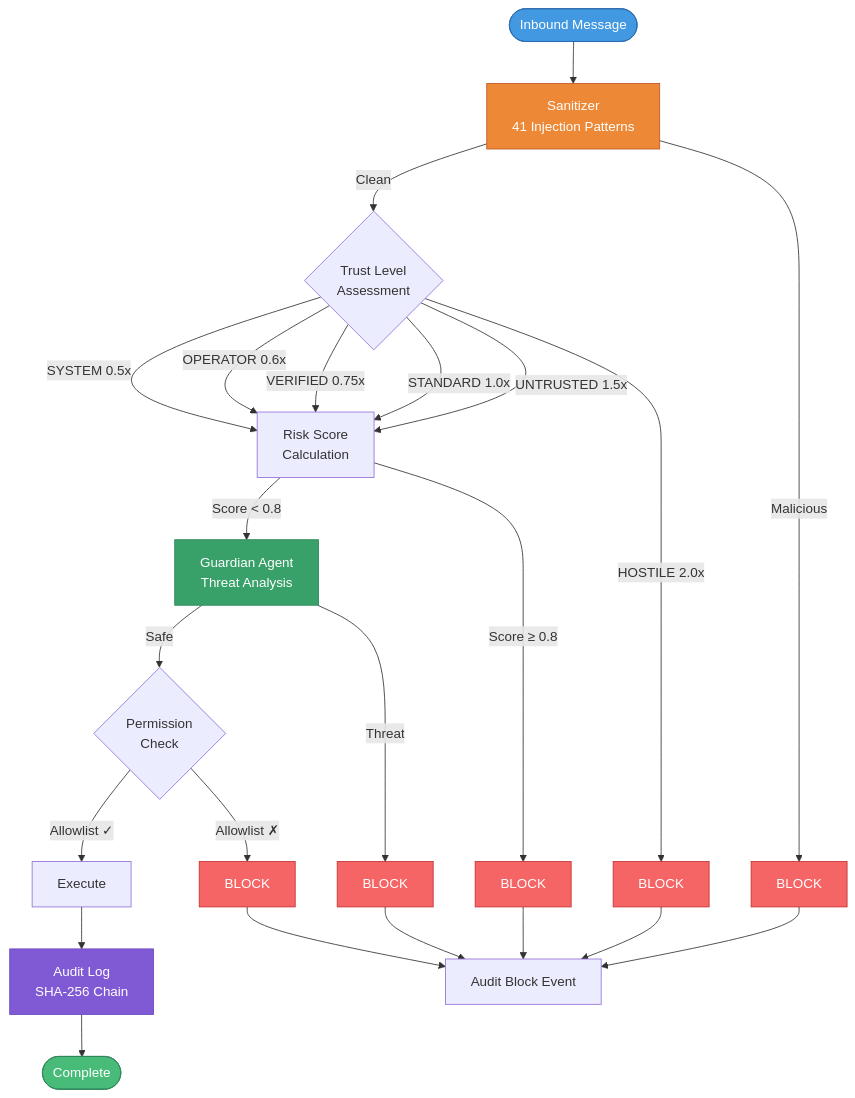
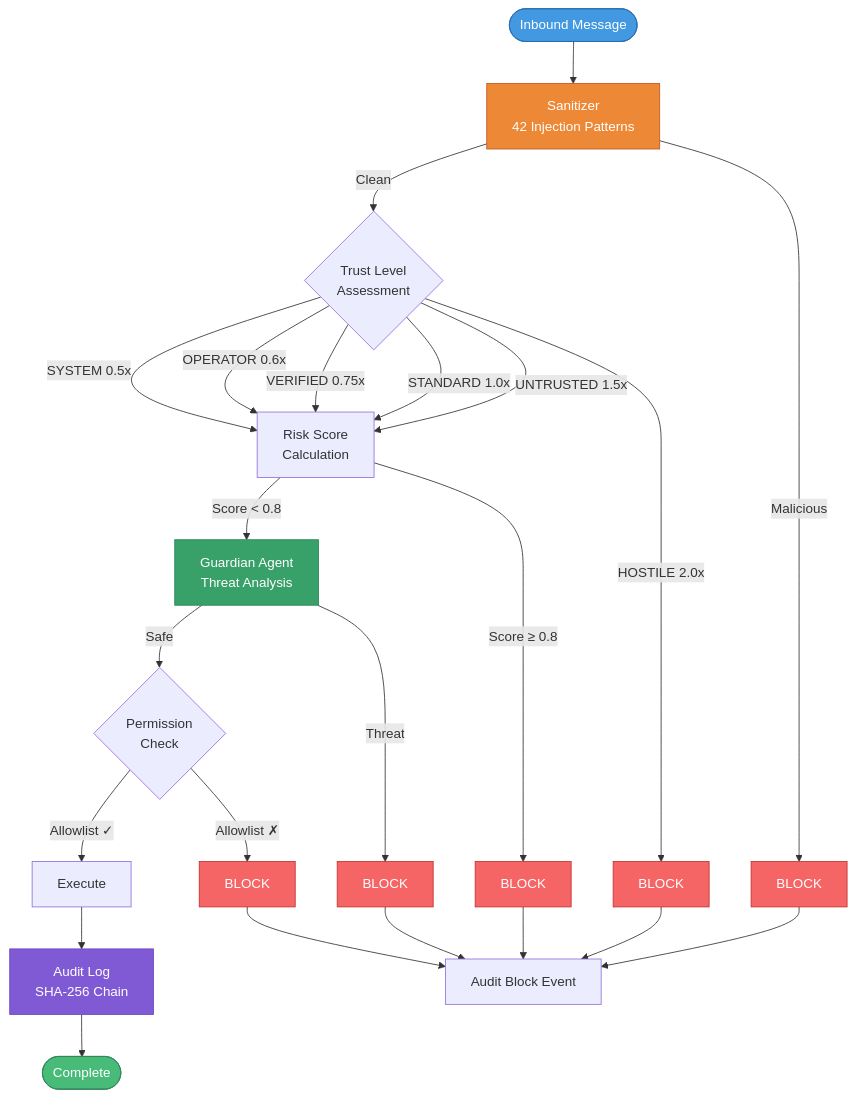
Before and after one commit to Ari-OS/ARI: the second of 3 diagrams in README.md, drawn with Mermaid. The commit also changed other lines of this file and 5 other files, not shown here.

First line of the commit message:
docs(repo): add roadmap, support, troubleshooting; update changelog to v2.3.0

````diff
--- a/README.md
+++ b/README.md
@@ -168,42 +168,42 @@
 ```mermaid
 flowchart TD
-    Start([Inbound Message]) --> Sanitize[Sanitizer<br/>41 Injection Patterns]
+    Start([Inbound Message]) --> Sanitize[Sanitizer<br/>42 Injection Patterns]
     Sanitize -->|Clean| TrustCheck{Trust Level<br/>Assessment}
     Sanitize -->|Malicious| Block1[BLOCK]
 
     TrustCheck -->|SYSTEM 0.5x| Risk[Risk Score<br/>Calculation]
     TrustCheck -->|OPERATOR 0.6x| Risk
     TrustCheck -->|VERIFIED 0.75x| Risk
     TrustCheck -->|STANDARD 1.0x| Risk
     TrustCheck -->|UNTRUSTED 1.5x| Risk
     TrustCheck -->|HOSTILE 2.0x| Block2[BLOCK]
 
     Risk -->|Score < 0.8| Guardian[Guardian Agent<br/>Threat Analysis]
     Risk -->|Score ≥ 0.8| Block3[BLOCK]
 
     Guardian -->|Safe| PermCheck{Permission<br/>Check}
     Guardian -->|Threat| Block4[BLOCK]
 
     PermCheck -->|Allowlist ✓| Execute[Execute]
     PermCheck -->|Allowlist ✗| Block5[BLOCK]
 
     Execute --> Audit[Audit Log<br/>SHA-256 Chain]
     Audit --> Done([Complete])
 
     Block1 --> AuditBlock[Audit Block Event]
     Block2 --> AuditBlock
     Block3 --> AuditBlock
     Block4 --> AuditBlock
     Block5 --> AuditBlock
 
     style Start fill:#4299e1,stroke:#2b6cb0,color:#fff
     style Done fill:#48bb78,stroke:#2f855a,color:#fff
     style Block1 fill:#f56565,stroke:#c53030,color:#fff
     style Block2 fill:#f56565,stroke:#c53030,color:#fff
     style Block3 fill:#f56565,stroke:#c53030,color:#fff
     style Block4 fill:#f56565,stroke:#c53030,color:#fff
     style Block5 fill:#f56565,stroke:#c53030,color:#fff
     style Sanitize fill:#ed8936,stroke:#c05621,color:#fff
     style Guardian fill:#38a169,stroke:#2f855a,color:#fff
     style Audit fill:#805ad5,stroke:#6b46c1,color:#fff
 ```
````
